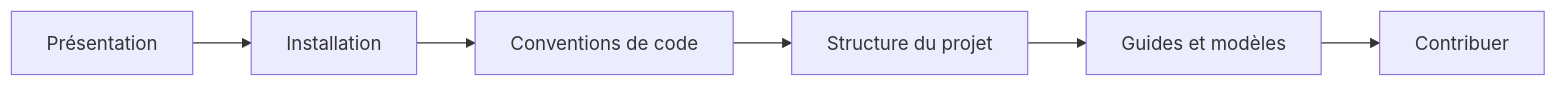
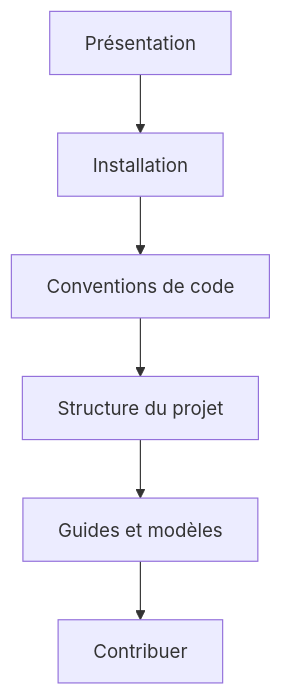
One commit to Cat-aclsym/documentation changed the diagram in src/content/docs/dashboard.md. Above: the diagram before and after it, drawn with Mermaid. The commit also changed 51 other files, not shown here.

Commit message:
docs: Add game sprites, Starlight components and simpler diagrams, with green links and an indented sidebar.

````diff
--- a/src/content/docs/dashboard.md
+++ b/src/content/docs/dashboard.md
@@ -17,8 +17,8 @@
 ```mermaid
-flowchart LR
+flowchart TB
 	A[Présentation] --> B[Installation]
 	B --> C[Conventions de code]
 	C --> D[Structure du projet]
 	D --> E[Guides et modèles]
 	E --> F[Contribuer]
 ```
````
